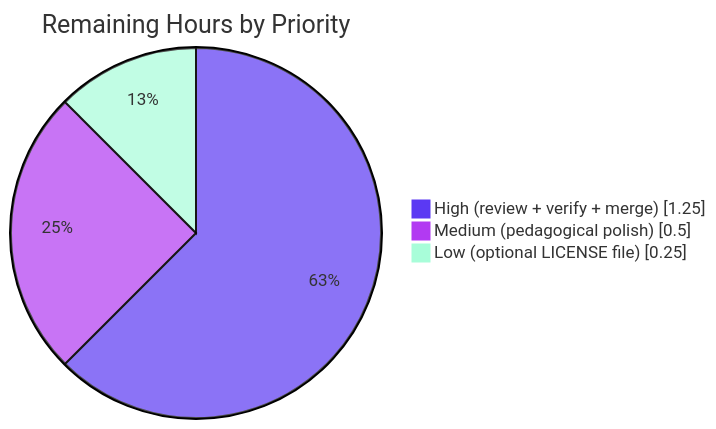
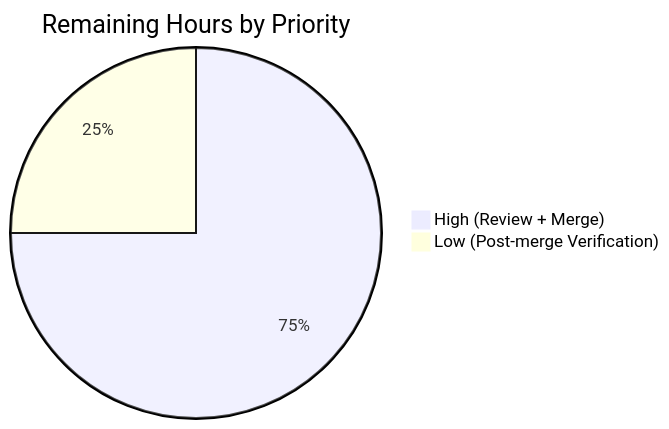
Before and after one commit to shaliniblitzy/20April_-: the third of 4 diagrams in blitzy/documentation/Project Guide.md, drawn with Mermaid. The commit also changed other lines of this file, not shown here.

Commit message:
Adding Blitzy Project Guide: Project Status and Human Tasks Remaining

````diff
--- a/blitzy/documentation/Project Guide.md
+++ b/blitzy/documentation/Project Guide.md
@@ -258,8 +264,5 @@
 ```mermaid
-%%{init: {"theme": "base", "themeVariables": {"pie1": "#5B39F3", "pie2": "#B23AF2", "pie3": "#A8FDD9"}}}%%
-pie showData
-    title Remaining Hours by Priority
-    "High (review + verify + merge)" : 1.25
-    "Medium (pedagogical polish)" : 0.5
-    "Low (optional LICENSE file)" : 0.25
+pie title Remaining Hours by Priority
+    "High (Review + Merge)" : 0.75
+    "Low (Post-merge Verification)" : 0.25
 ```
````
